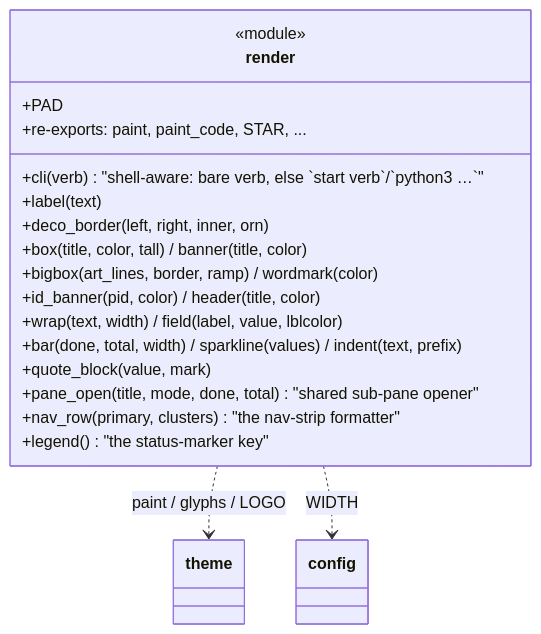
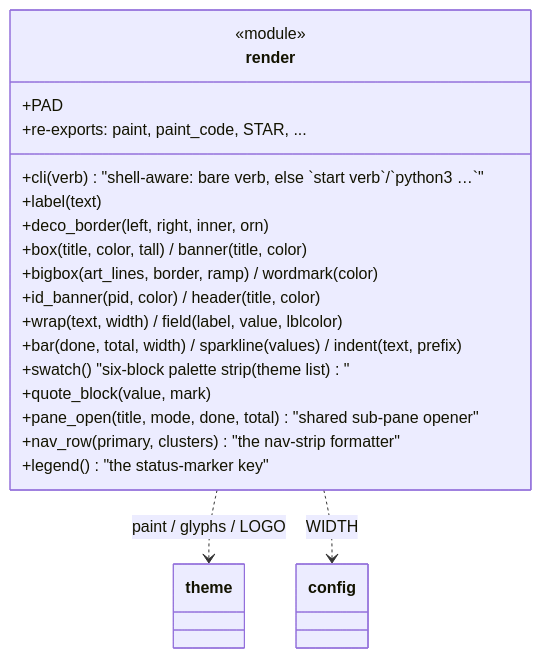
The third of 4 diagrams in docs/diagrams/visuals.md (N041M/PyQuest), drawn with Mermaid before and after one commit. The commit also changed other lines of this file and 2 other files, not shown here.

Commit message:
render: absorb the theme swatch into the visual layer

````diff
--- a/docs/diagrams/visuals.md
+++ b/docs/diagrams/visuals.md
@@ -51,22 +53,23 @@
 ```mermaid
 classDiagram
     class render {
         <<module>>
         +PAD
         +cli(verb)  "shell-aware: bare verb, else `start verb`/`python3 …`"
         +label(text)
         +deco_border(left, right, inner, orn)
         +box(title, color, tall) / banner(title, color)
         +bigbox(art_lines, border, ramp) / wordmark(color)
         +id_banner(pid, color) / header(title, color)
         +wrap(text, width) / field(label, value, lblcolor)
         +bar(done, total, width) / sparkline(values) / indent(text, prefix)
+        +swatch()  "six-block palette strip (theme list)"
         +quote_block(value, mark)
         +pane_open(title, mode, done, total)  "shared sub-pane opener"
         +nav_row(primary, clusters)  "the nav-strip formatter"
         +legend()  "the status-marker key"
         +re-exports: paint, paint_code, STAR, ...
     }
     render ..> theme : paint / glyphs / LOGO
     render ..> config : WIDTH
 ```
````
